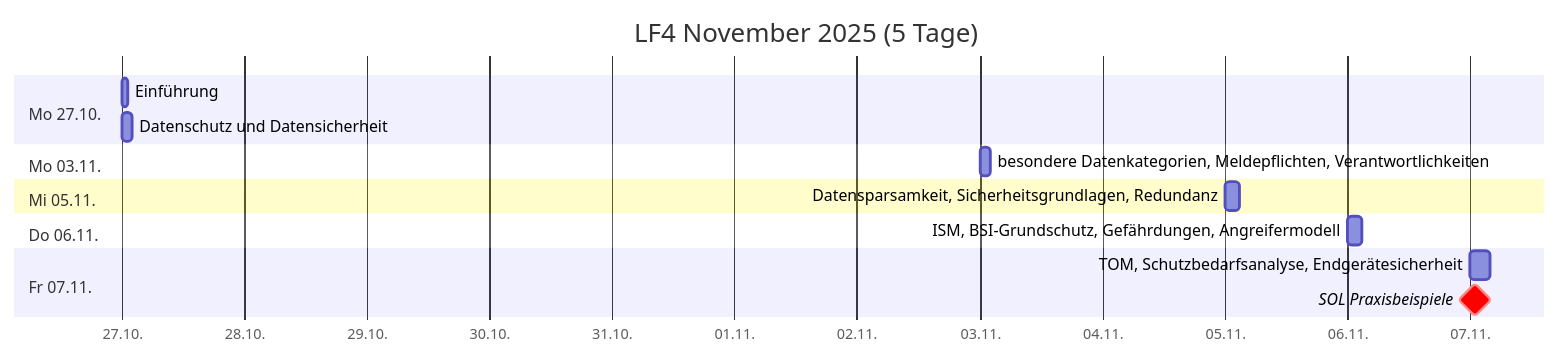
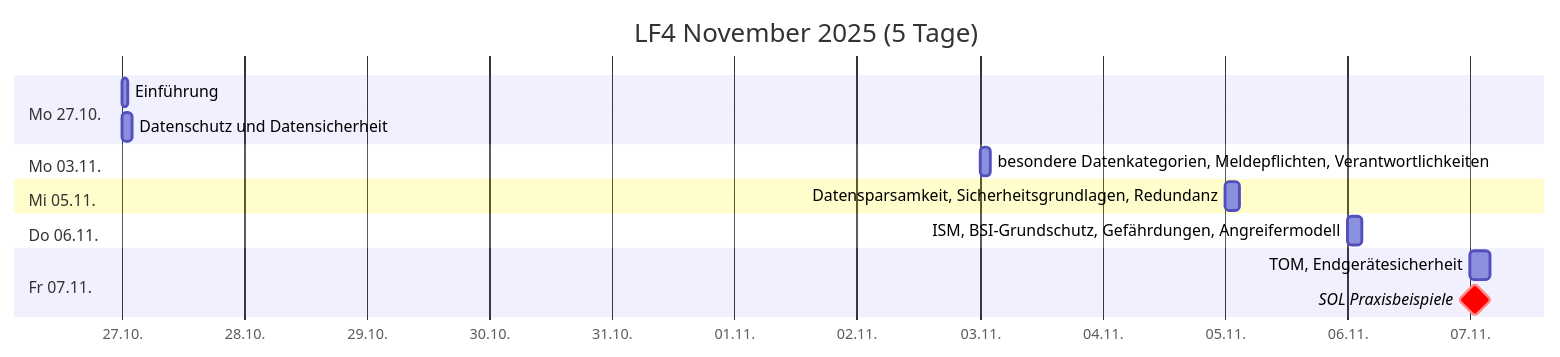
One commit to johannesloetzsch/LF4 changed the first of 4 diagrams in src/plan.md. Above: the diagram before and after it, drawn with Mermaid. The commit also changed other lines of this file and 5 other files, not shown here.

````diff
--- a/src/plan.md
+++ b/src/plan.md
@@ -7,18 +7,18 @@
 ```mermaid
 gantt
  title LF4 November 2025 (5 Tage)
  dateFormat YYYY-MM-DD
  axisFormat %d.%m.
  section Mo 27.10.
   Einführung                      :2025-10-27, 1h
   Datenschutz und Datensicherheit :2025-10-27, 2h
  section Mo 03.11.
   besondere Datenkategorien, Meldepflichten, Verantwortlichkeiten  :2025-11-03, 2h
  section Mi 05.11.
   Datensparsamkeit, Sicherheitsgrundlagen, Redundanz   :2025-11-05, 3h
  section Do 06.11.
   ISM, BSI-Grundschutz, Gefährdungen, Angreifermodell  :2025-11-06, 3h
  section Fr 07.11.
-  TOM, Schutzbedarfsanalyse, Endgerätesicherheit  :2025-11-07, 4h
+  TOM, Endgerätesicherheit  :2025-11-07, 4h
   SOL Praxisbeispiele             :crit, milestone, 2025-11-07, 2h
 ```
````
